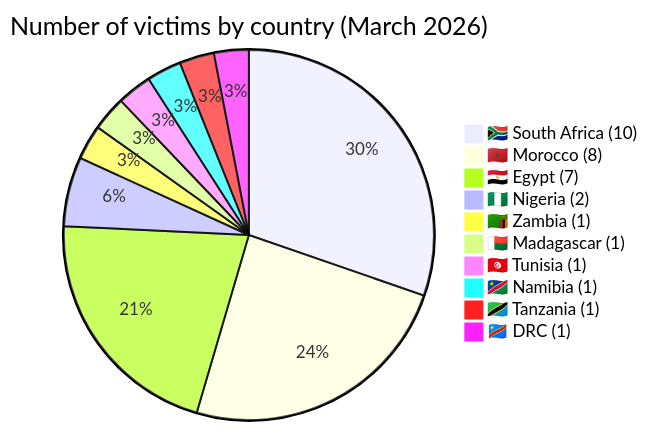
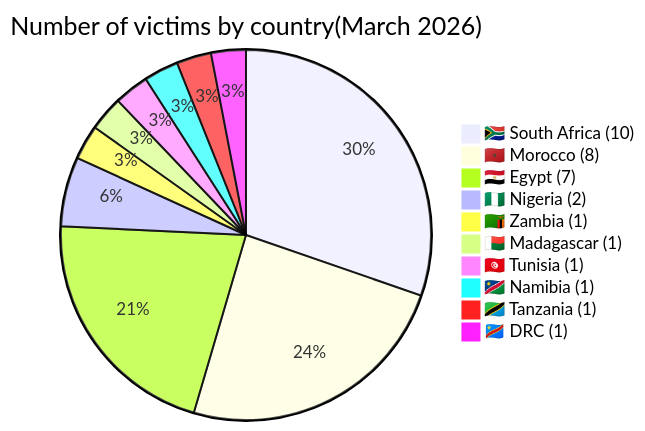
The third of 10 diagrams in reports/2026/03-march/README.md (Hatchepsoute/AFRINTEL), drawn with Mermaid before and after one commit. The commit also changed other lines of this file and 1 other file, not shown here.

Commit message:
CTI Report - Cyberattacks in Africa (March 2026)

````diff
--- a/reports/2026/03-march/README.md
+++ b/reports/2026/03-march/README.md
@@ -75,14 +75,14 @@
 ```mermaid
 pie
-    title Number of victims by country (March 2026)
+    title Number of victims by country(March 2026)
     "🇿🇦 South Africa (10)" : 10
     "🇲🇦 Morocco (8)" : 8
     "🇪🇬 Egypt (7)" : 7
     "🇳🇬 Nigeria (2)" : 2
     "🇿🇲 Zambia (1)" : 1
     "🇲🇬 Madagascar (1)" : 1
     "🇹🇳 Tunisia (1)" : 1
     "🇳🇦 Namibia (1)" : 1
     "🇹🇿 Tanzania (1)" : 1
     "🇨🇩 DRC (1)" : 1
 ```
````
